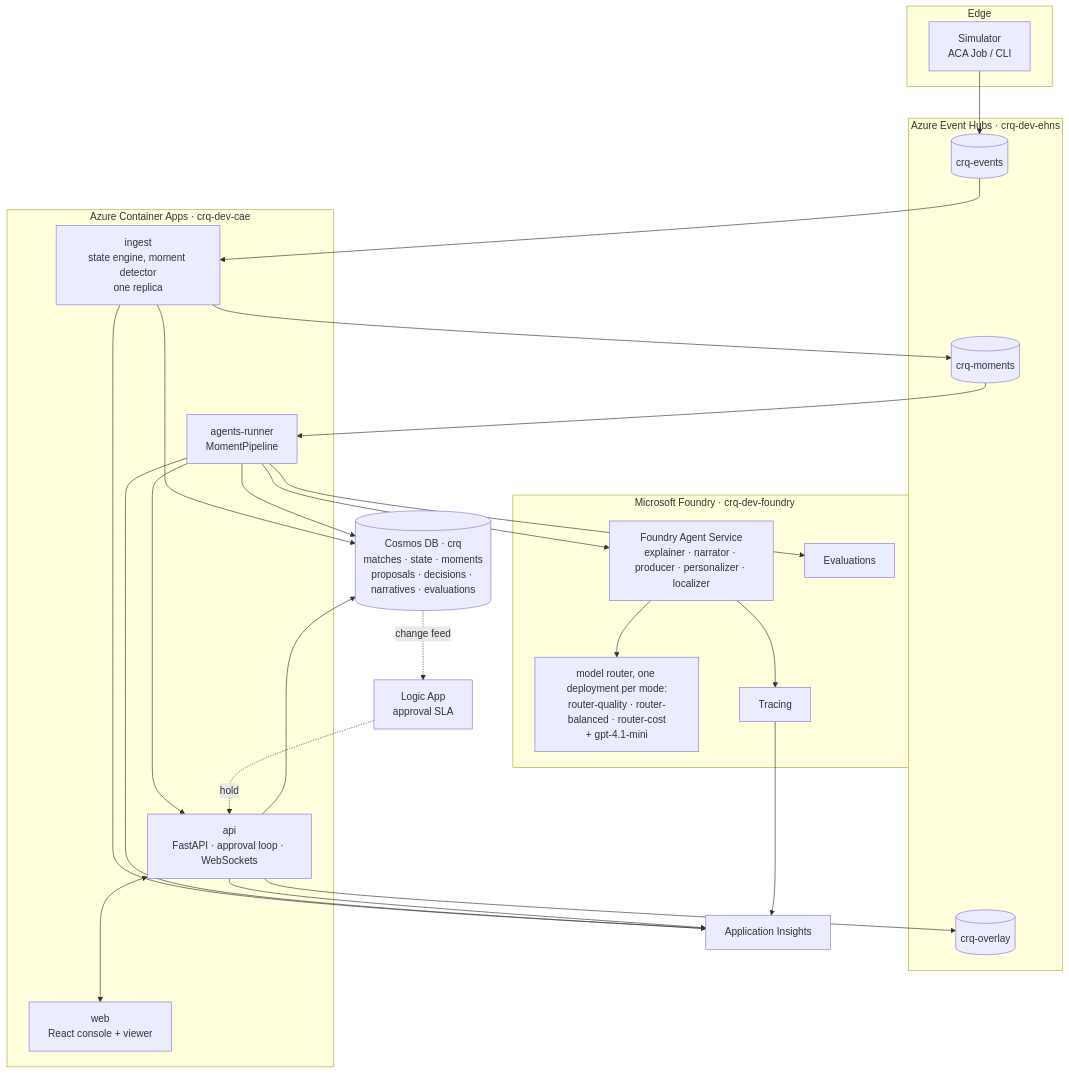
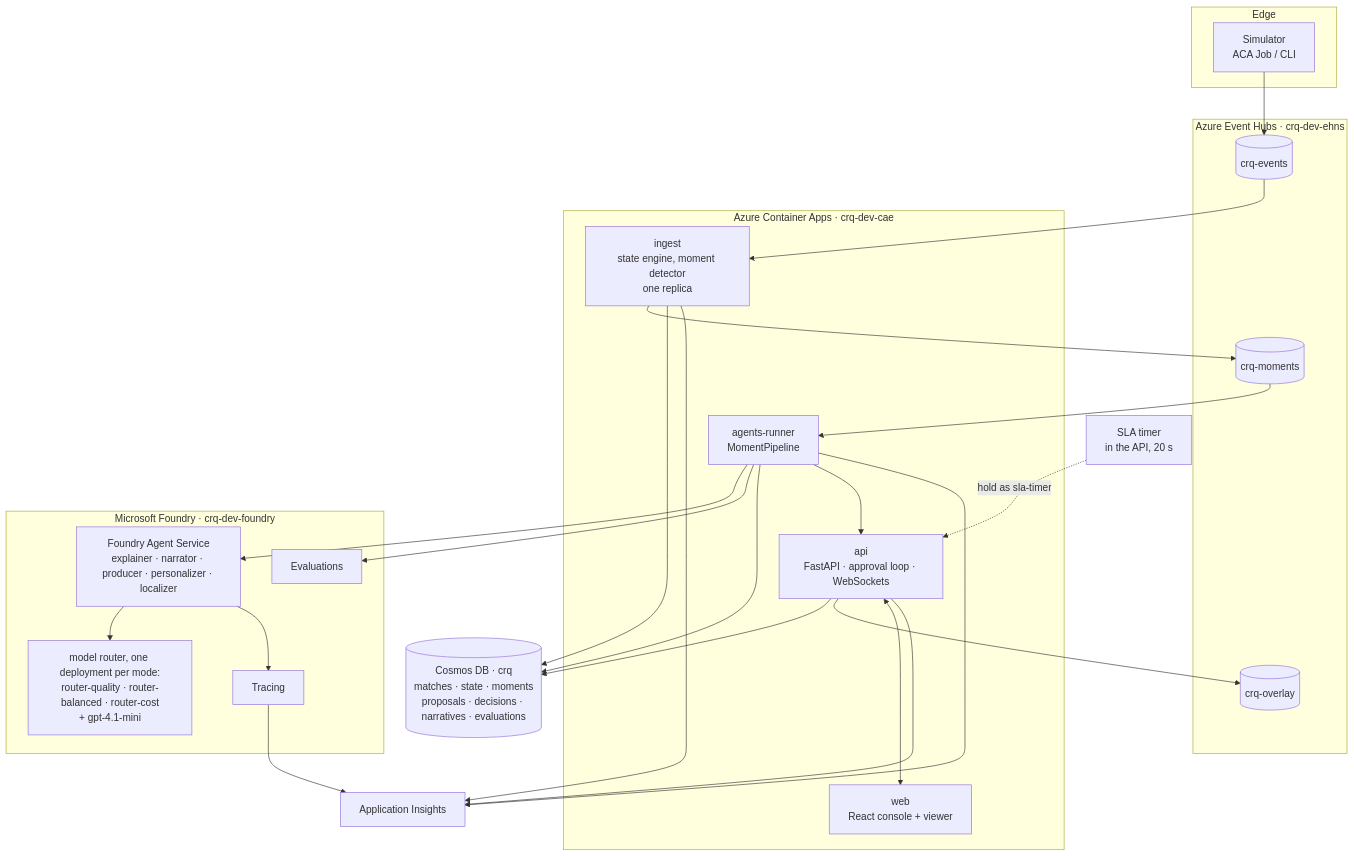
One commit to SwamiBB/control-room-iq changed the second of 4 diagrams in docs/ARCHITECTURE.md. Above: the diagram before and after it, drawn with Mermaid. The commit also changed other lines of this file and 5 other files, not shown here.

First line of the commit message:
Correct the remaining doc claims infra/ doesn't back: Logic App, Key Vault, Content Safety, deploy trigger

````diff
--- a/docs/ARCHITECTURE.md
+++ b/docs/ARCHITECTURE.md
@@ -23,38 +23,38 @@
 ```mermaid
 flowchart TB
     subgraph Edge
         SIM[Simulator<br/>ACA Job / CLI]
     end
     subgraph Stream["Azure Event Hubs · crq-dev-ehns"]
         EH1[(crq-events)]
         EH2[(crq-moments)]
         EH3[(crq-overlay)]
     end
     subgraph ACA["Azure Container Apps · crq-dev-cae"]
         ING[ingest<br/>state engine, moment detector<br/>one replica]
         AGR[agents-runner<br/>MomentPipeline]
         API[api<br/>FastAPI · approval loop · WebSockets]
         WEB[web<br/>React console + viewer]
     end
     subgraph Foundry["Microsoft Foundry · crq-dev-foundry"]
         AGS[Foundry Agent Service<br/>explainer · narrator · producer · personalizer · localizer]
         MR[model router, one deployment per mode:<br/>router-quality · router-balanced · router-cost<br/>+ gpt-4.1-mini]
         EVAL[Evaluations]
         TR[Tracing]
     end
     COS[(Cosmos DB · crq<br/>matches · state · moments<br/>proposals · decisions · narratives · evaluations)]
-    LA[Logic App<br/>approval SLA]
+    LA[SLA timer<br/>in the API, 20 s]
     AI[Application Insights]
     SIM --> EH1 --> ING --> EH2 --> AGR
     ING --> COS
     AGR --> AGS --> MR
     AGR --> EVAL
     AGR --> COS
     AGR --> API
     API --> COS
     API --> EH3
-    COS -. change feed .-> LA -. hold .-> API
+    LA -. hold as sla-timer .-> API
     API <---> WEB
     ING & AGR & API --> AI
     AGS --> TR --> AI
 ```
````
